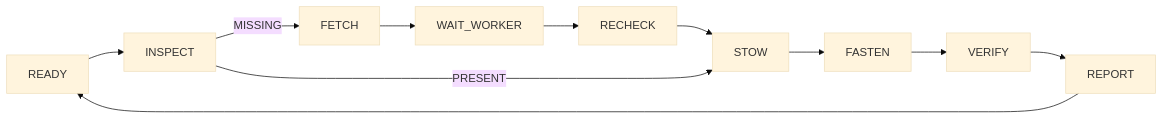
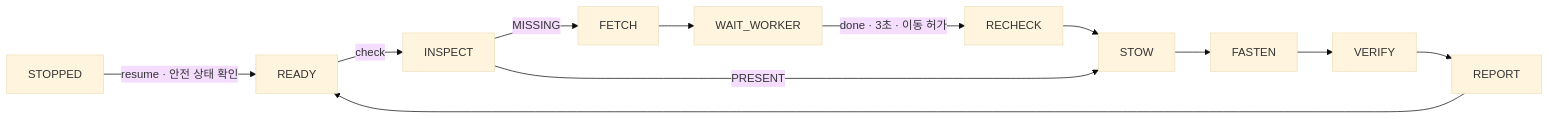
One commit to CHOI-510/rokey10_b1_2nd_core changed the second of 2 diagrams in docs/ARCHITECTURE.md. Above: the diagram before and after it, drawn with Mermaid (base theme). The commit also changed other lines of this file and 6 other files, not shown here.

````diff
--- a/docs/ARCHITECTURE.md
+++ b/docs/ARCHITECTURE.md
@@ -15,7 +33,9 @@
 ```mermaid
 flowchart LR
-    READY --> INSPECT
-    INSPECT -->|MISSING| FETCH --> WAIT_WORKER --> RECHECK --> STOW
+    READY -->|check| INSPECT
+    INSPECT -->|MISSING| FETCH --> WAIT_WORKER
+    WAIT_WORKER -->|done · 3초 · 이동 허가| RECHECK --> STOW
     INSPECT -->|PRESENT| STOW
     STOW --> FASTEN --> VERIFY --> REPORT --> READY
+    STOPPED -->|resume · 안전 상태 확인| READY
 ```
````
